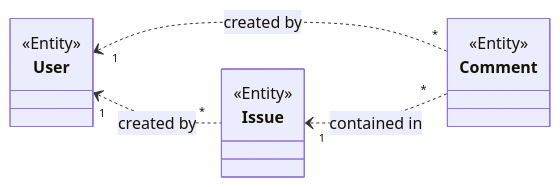
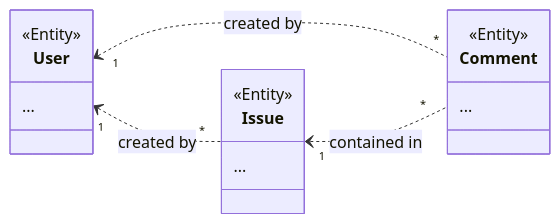
Before and after one commit to ghackenberg/csharp-maui-aspnet-sample: the diagram in Models/Data/Overview.mmd, drawn with Mermaid. The commit also changed 60 other files, not shown here.

```diff
--- a/Models/Data/Overview.mmd
+++ b/Models/Data/Overview.mmd
@@ -1,16 +1,19 @@
 classDiagram
     direction LR
 
     class User {
         <<Entity>>
+        ...
     }
     class Issue {
         <<Entity>>
+        ...
     }
     class Comment {
         <<Entity>>
+        ...
     }
 
     User "1" <.. "*" Issue : created by
     User "1" <.. "*" Comment : created by
     Issue "1" <.. "*" Comment : contained in
```
